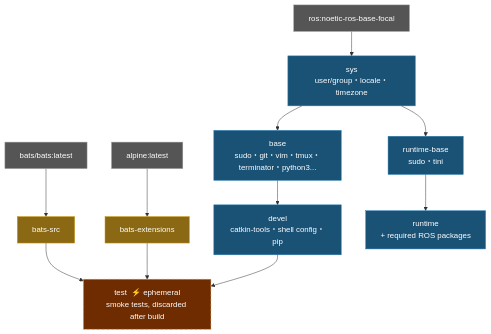
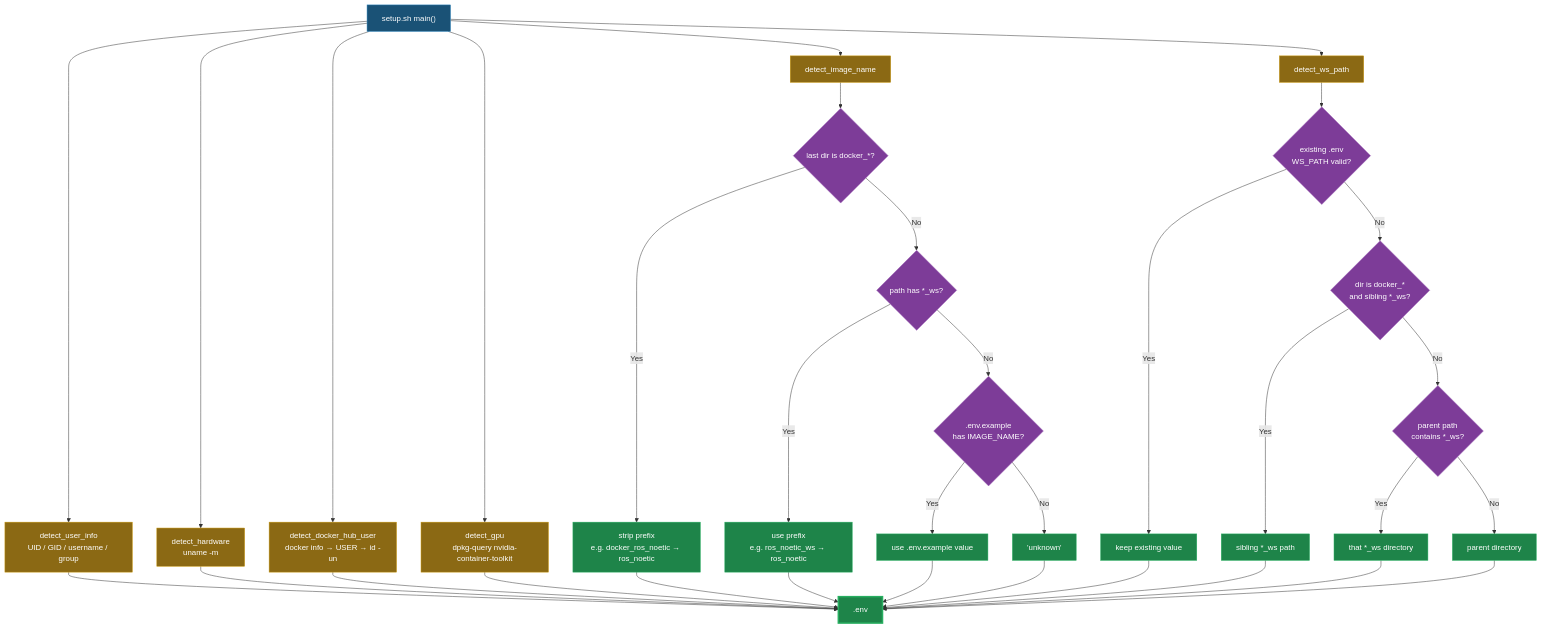
The first of 2 diagrams in README.md (ycpss91255-docker/ros_noetic), drawn with Mermaid before and after one commit. The commit also changed other lines of this file and 47 other files, not shown here.

First line of the commit message:
Squashed 'docker_setup_helper/' changes from ea8a994..4e7b249

````diff
--- a/README.md
+++ b/README.md
@@ -234,26 +272,46 @@
 ```mermaid
 graph TD
-    EXT1["bats/bats:latest"]:::external
-    EXT2["alpine:latest"]:::external
-    EXT3["ros:noetic-ros-base-focal"]:::external
+    A["setup.sh main()"]:::entry
 
-    EXT1 --> bats-src["bats-src"]:::tool
-    EXT2 --> bats-ext["bats-extensions"]:::tool
+    A --> B["detect_user_info\nUID / GID / username / group"]:::detect
+    A --> C["detect_hardware\nuname -m"]:::detect
+    A --> D["detect_docker_hub_user\ndocker info → USER → id -un"]:::detect
+    A --> E["detect_gpu\ndpkg-query nvidia-container-toolkit"]:::detect
+    A --> F["detect_image_name"]:::detect
+    A --> G["detect_ws_path"]:::detect
 
-    EXT3 --> sys["sys\nuser/group・locale・timezone"]:::stage
+    F --> F1{"last dir is docker_*?"}:::decision
+    F1 -- "Yes" --> F1R["strip prefix\ne.g. docker_ros_noetic → ros_noetic"]:::result
+    F1 -- "No" --> F2{"path has *_ws?"}:::decision
+    F2 -- "Yes" --> F2R["use prefix\ne.g. ros_noetic_ws → ros_noetic"]:::result
+    F2 -- "No" --> F3{".env.example\nhas IMAGE_NAME?"}:::decision
+    F3 -- "Yes" --> F3R["use .env.example value"]:::result
+    F3 -- "No" --> F4R["'unknown'"]:::result
 
-    sys --> base["base\nsudo・git・vim・tmux・terminator・python3..."]:::stage
-    base --> devel["devel\ncatkin-tools・shell config・pip"]:::stage
+    G --> G0{"existing .env\nWS_PATH valid?"}:::decision
+    G0 -- "Yes" --> G0R["keep existing value"]:::result
+    G0 -- "No" --> G1{"dir is docker_*\nand sibling *_ws?"}:::decision
+    G1 -- "Yes" --> G1R["sibling *_ws path"]:::result
+    G1 -- "No" --> G2{"parent path\ncontains *_ws?"}:::decision
+    G2 -- "Yes" --> G2R["that *_ws directory"]:::result
+    G2 -- "No" --> G3R["parent directory"]:::result
 
-    bats-src --> test["test  ⚡ ephemeral\nsmoke tests, discarded after build"]:::ephemeral
-    bats-ext --> test
-    devel --> test
+    B --> H[".env"]:::output
+    C --> H
+    D --> H
+    E --> H
+    F1R --> H
+    F2R --> H
+    F3R --> H
+    F4R --> H
+    G0R --> H
+    G1R --> H
+    G2R --> H
+    G3R --> H
 
-    sys --> runtime-base["runtime-base\nsudo・tini"]:::stage
-    runtime-base --> runtime["runtime\n+ required ROS packages"]:::stage
-
-    classDef external fill:#555,color:#fff,stroke:#999
-    classDef tool fill:#8B6914,color:#fff,stroke:#c8960c
-    classDef stage fill:#1a5276,color:#fff,stroke:#2980b9
-    classDef ephemeral fill:#6e2c00,color:#fff,stroke:#e67e22,stroke-dasharray:5 5
+    classDef entry fill:#1a5276,color:#fff,stroke:#2980b9
+    classDef detect fill:#8B6914,color:#fff,stroke:#c8960c
+    classDef decision fill:#7d3c98,color:#fff,stroke:#a569bd
+    classDef result fill:#1e8449,color:#fff,stroke:#27ae60
+    classDef output fill:#1e8449,color:#fff,stroke:#27ae60,stroke-width:3px
 ```
````
